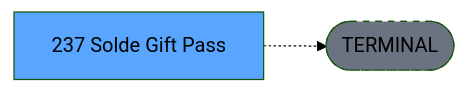
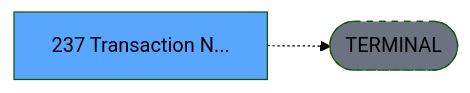
The third of 3 diagrams in .openspec/specs/ADH-IDE-237.md (thonyAGP/lecteur-magic), drawn with Mermaid (forest theme) before and after one commit. The commit also changed other lines of this file and 5 other files, not shown here.

````diff
--- a/.openspec/specs/ADH-IDE-237.md
+++ b/.openspec/specs/ADH-IDE-237.md
@@ -141,8 +168,8 @@
 ```mermaid
 graph LR
-    T[237 Solde Gift Pass]
+    T[237 Transaction N...]
     TERM([TERMINAL])
     T -.-> TERM
     style TERM fill:#6b7280,stroke-dasharray: 5 5
     style T fill:#58a6ff,color:#000
 ```
````
